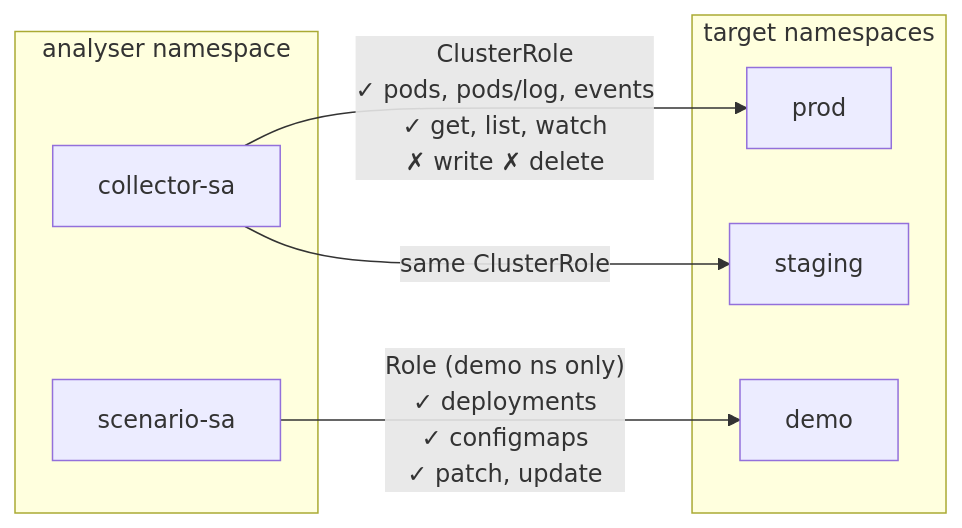
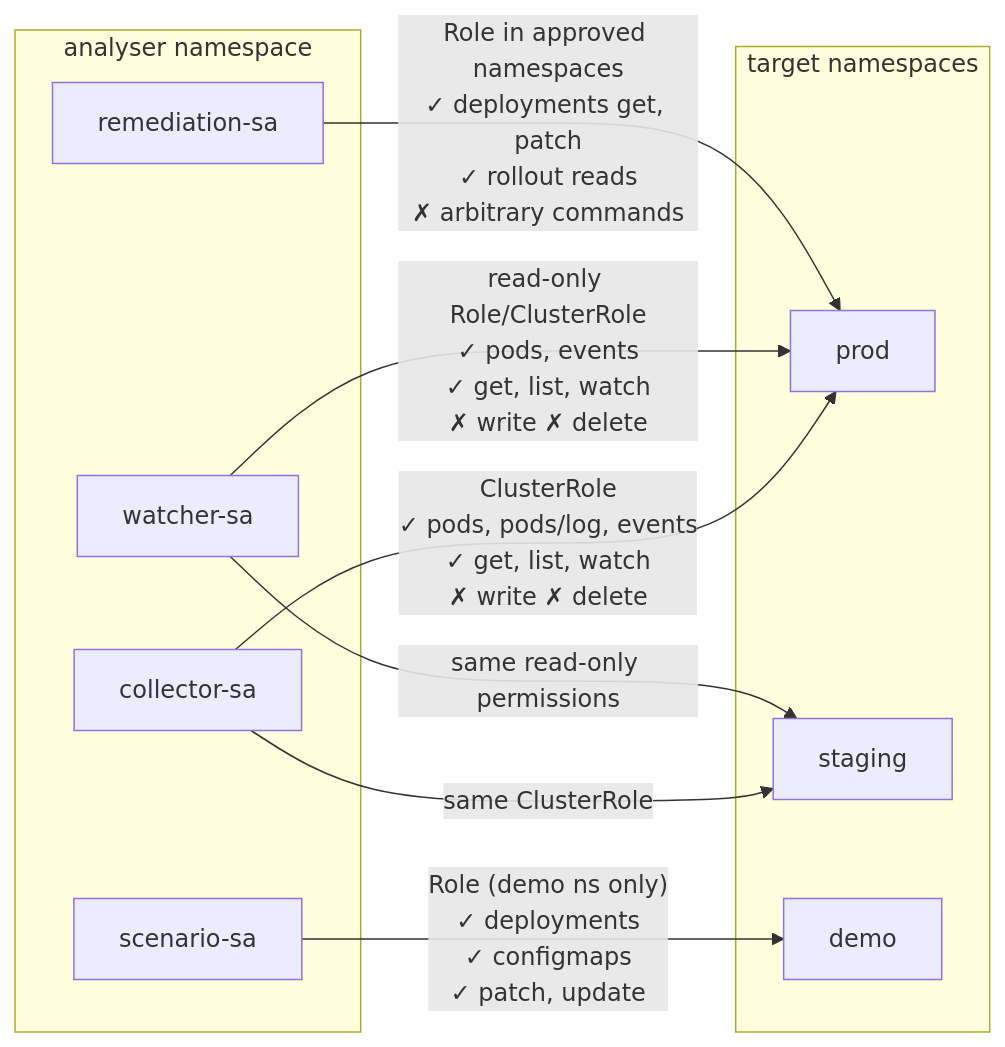
The second of 13 diagrams in docs/FUTURE-SCOPE.md (1hirak/k8s-llm-incident-analyser-v2), drawn with Mermaid before and after one commit. The commit also changed other lines of this file and 9 other files, not shown here.

````diff
--- a/docs/FUTURE-SCOPE.md
+++ b/docs/FUTURE-SCOPE.md
@@ -60,17 +69,22 @@
 ```mermaid
 graph LR
     subgraph ANALYSER["analyser namespace"]
         collector["collector-sa"]
+        watcher["watcher-sa"]
+        remediation["remediation-sa"]
         scenario["scenario-sa"]
     end
 
     subgraph TARGET["target namespaces"]
         prod["prod"]
         staging["staging"]
         demo["demo"]
     end
 
     collector -->|"ClusterRole<br/>✓ pods, pods/log, events<br/>✓ get, list, watch<br/>✗ write ✗ delete"| prod
     collector -->|"same ClusterRole"| staging
+    watcher -->|"read-only Role/ClusterRole<br/>✓ pods, events<br/>✓ get, list, watch<br/>✗ write ✗ delete"| prod
+    watcher -->|"same read-only permissions"| staging
+    remediation -->|"Role in approved namespaces<br/>✓ deployments get, patch<br/>✓ rollout reads<br/>✗ arbitrary commands"| prod
     scenario -->|"Role (demo ns only)<br/>✓ deployments<br/>✓ configmaps<br/>✓ patch, update"| demo
 ```
````
